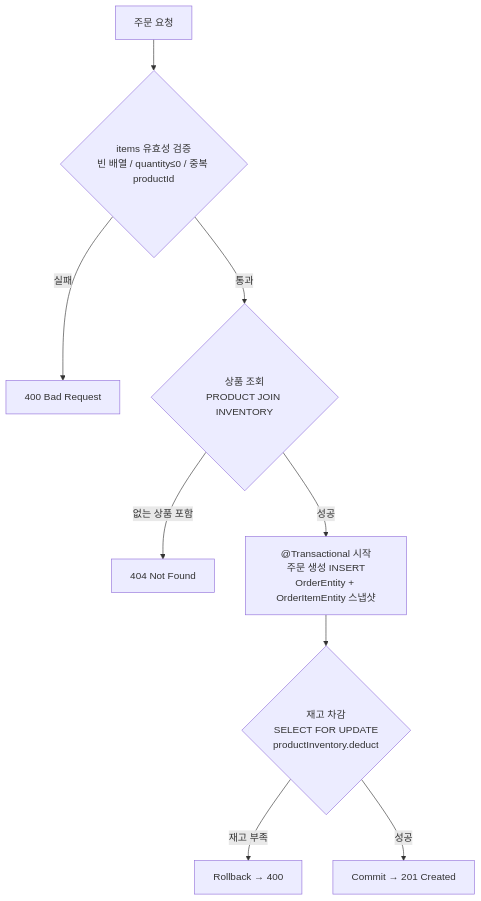
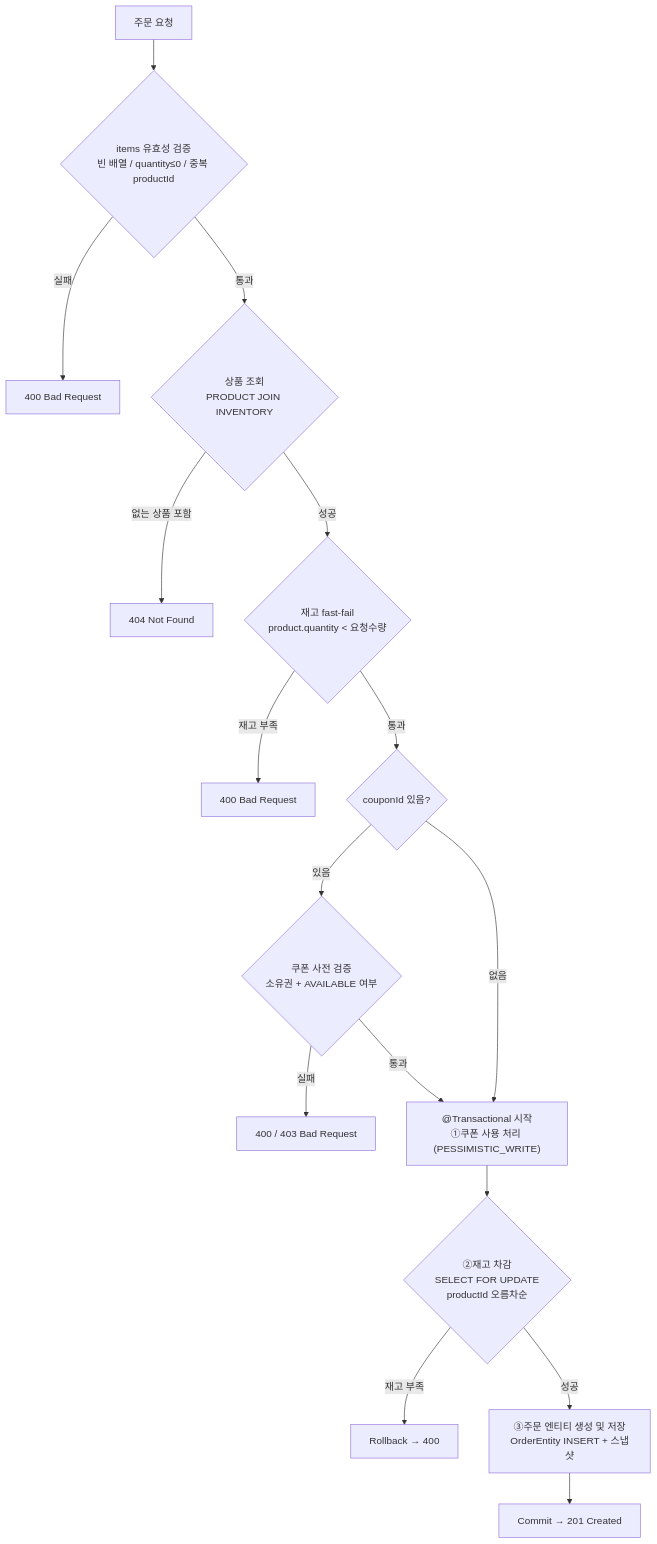
Before and after one commit to loopers-labs/loop-pack-be-l2-vol4-java: the second of 2 diagrams in docs/01-requirements.md, drawn with Mermaid. The commit also changed other lines of this file and 2 other files, not shown here.

First line of the commit message:
docs: Coupon 도메인 요구사항 추가 및 주문 생성 흐름 변경

````diff
--- a/docs/01-requirements.md
+++ b/docs/01-requirements.md
@@ -372,11 +408,18 @@
 ```mermaid
 flowchart TD
     A[주문 요청] --> B{"items 유효성 검증<br/>빈 배열 / quantity≤0 / 중복 productId"}
     B -- 실패 --> C[400 Bad Request]
     B -- 통과 --> D{"상품 조회<br/>PRODUCT JOIN INVENTORY"}
     D -- 없는 상품 포함 --> E[404 Not Found]
-    D -- 성공 --> H["@Transactional 시작<br/>주문 생성 INSERT<br/>OrderEntity + OrderItemEntity 스냅샷"]
-    H --> I{"재고 차감<br/>SELECT FOR UPDATE<br/>productInventory.deduct"}
-    I -- 재고 부족 --> J[Rollback → 400]
-    I -- 성공 --> K[Commit → 201 Created]
+    D -- 성공 --> F{"재고 fast-fail<br/>product.quantity < 요청수량"}
+    F -- 재고 부족 --> C2[400 Bad Request]
+    F -- 통과 --> G{"couponId 있음?"}
+    G -- 있음 --> G2{"쿠폰 사전 검증<br/>소유권 + AVAILABLE 여부"}
+    G2 -- 실패 --> C3[400 / 403 Bad Request]
+    G2 -- 통과 --> H
+    G -- 없음 --> H
+    H["@Transactional 시작<br/>①쿠폰 사용 처리 (PESSIMISTIC_WRITE)"] --> I
+    I{"②재고 차감<br/>SELECT FOR UPDATE<br/>productId 오름차순"} -- 재고 부족 --> J[Rollback → 400]
+    I -- 성공 --> K["③주문 엔티티 생성 및 저장<br/>OrderEntity INSERT + 스냅샷"]
+    K --> L[Commit → 201 Created]
 ```
````
